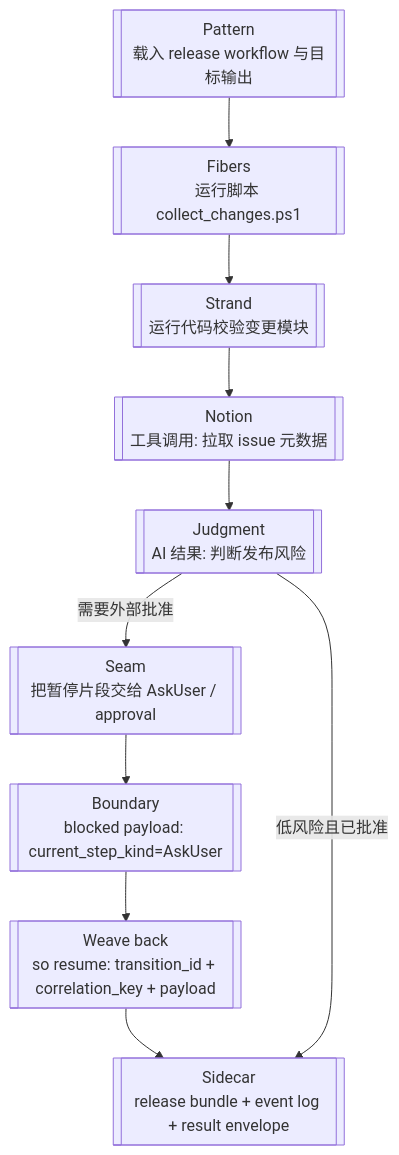
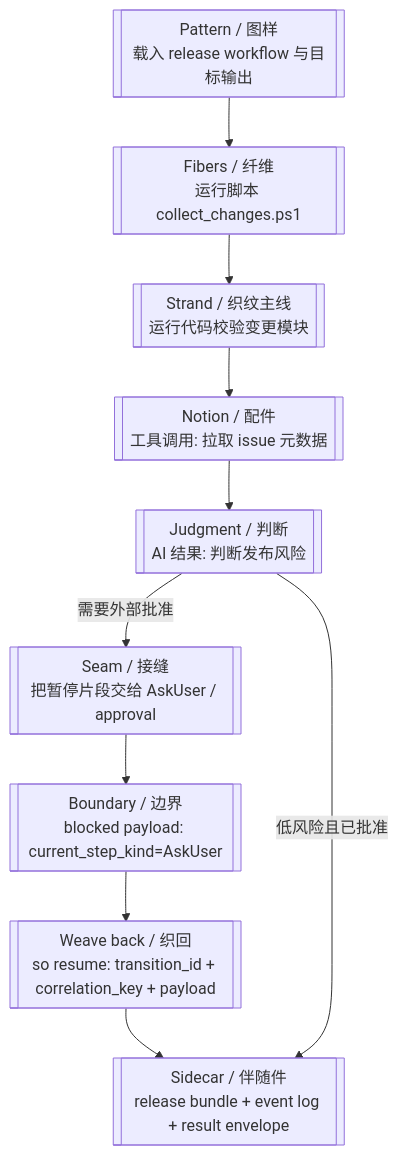
Before and after one commit to waynebaby/Techne-Loom: the second of 2 diagrams in docs/zh-cn/architecture/workflow-terminology.md, drawn with Mermaid. The commit also changed other lines of this file and 19 other files, not shown here.

Commit message:
Standardize Mermaid accessibility across docs

````diff
--- a/docs/zh-cn/architecture/workflow-terminology.md
+++ b/docs/zh-cn/architecture/workflow-terminology.md
@@ -97,12 +97,12 @@
 ```mermaid
 flowchart TD
-    A[[Pattern\n载入 release workflow 与目标输出]] --> B[[Fibers\n运行脚本 collect_changes.ps1]]
-    B --> C[[Strand\n运行代码校验变更模块]]
-    C --> D[[Notion\n工具调用: 拉取 issue 元数据]]
-    D --> E[[Judgment\nAI 结果: 判断发布风险]]
-    E -->|需要外部批准| F[[Seam\n把暂停片段交给 AskUser / approval]]
-    F --> G[[Boundary\nblocked payload: current_step_kind=AskUser]]
-    G --> H[[Weave back\nso resume: transition_id + correlation_key + payload]]
-    H --> I[[Sidecar\nrelease bundle + event log + result envelope]]
+    A[[Pattern / 图样\n载入 release workflow 与目标输出]] --> B[[Fibers / 纤维\n运行脚本 collect_changes.ps1]]
+    B --> C[[Strand / 织纹主线\n运行代码校验变更模块]]
+    C --> D[[Notion / 配件\n工具调用: 拉取 issue 元数据]]
+    D --> E[[Judgment / 判断\nAI 结果: 判断发布风险]]
+    E -->|需要外部批准| F[[Seam / 接缝\n把暂停片段交给 AskUser / approval]]
+    F --> G[[Boundary / 边界\nblocked payload: current_step_kind=AskUser]]
+    G --> H[[Weave back / 织回\nso resume: transition_id + correlation_key + payload]]
+    H --> I[[Sidecar / 伴随件\nrelease bundle + event log + result envelope]]
     E -->|低风险且已批准| I
 ```
````
